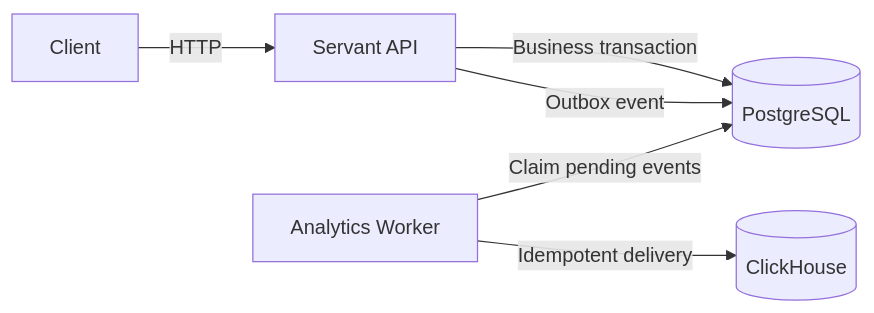
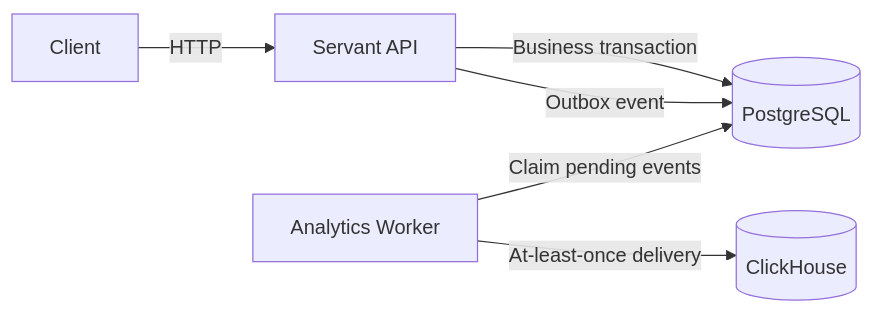
Before and after one commit to alexE-895/haskell-datahub: the diagram in README.md, drawn with Mermaid. The commit also changed other lines of this file and 13 other files, not shown here.

````diff
--- a/README.md
+++ b/README.md
@@ -42,8 +47,8 @@
 ```mermaid
 graph LR
     Client[Client] -->|HTTP| API[Servant API]
     API -->|Business transaction| PG[(PostgreSQL)]
     API -->|Outbox event| PG
     Worker[Analytics Worker] -->|Claim pending events| PG
-    Worker -->|Idempotent delivery| CH[(ClickHouse)]
+    Worker -->|At-least-once delivery| CH[(ClickHouse)]
 ```
````
